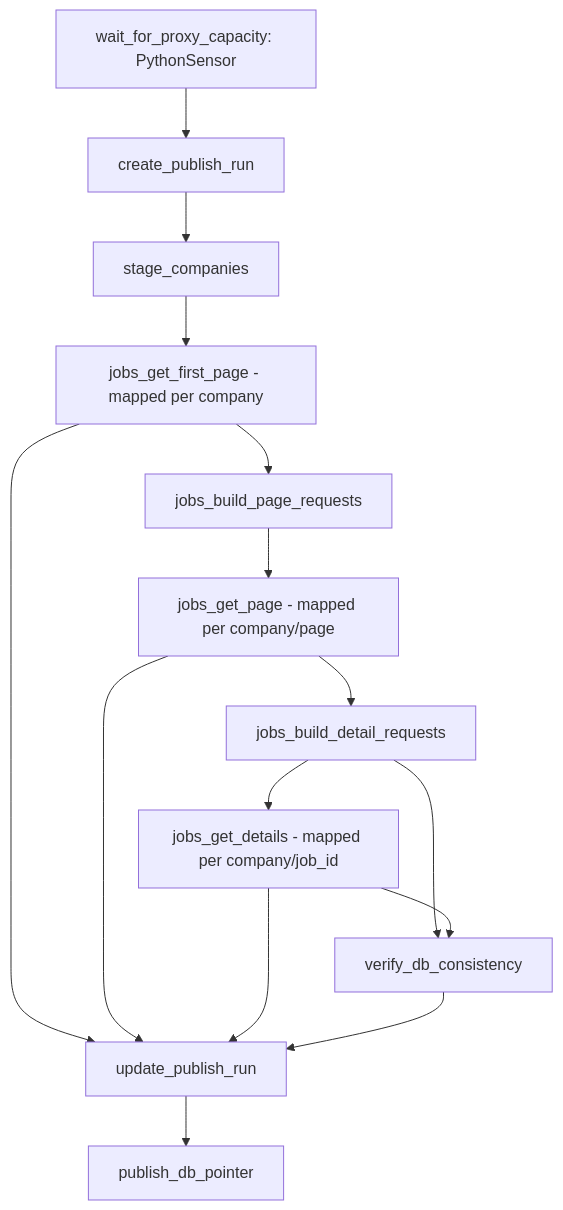
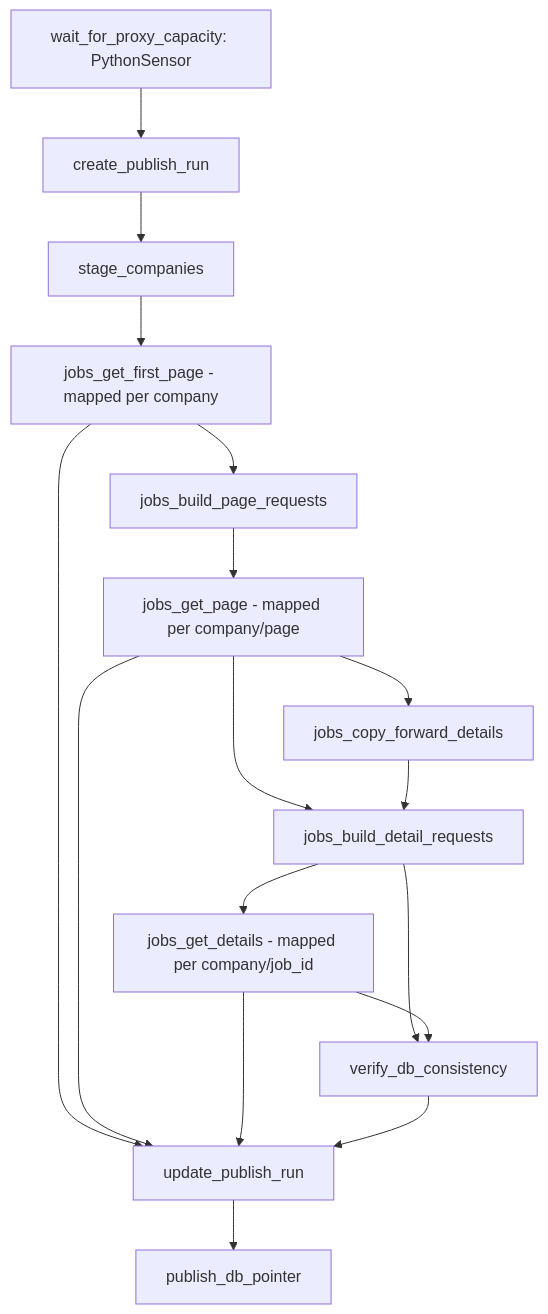
The diagram in src/scrapers/airflow/dags/README.md (byue/JobSearch), drawn with Mermaid before and after one commit. The commit also changed other lines of this file and 1 other file, not shown here.

````diff
--- a/src/scrapers/airflow/dags/README.md
+++ b/src/scrapers/airflow/dags/README.md
@@ -9,17 +9,19 @@
 ```mermaid
 graph TD
   A["wait_for_proxy_capacity: PythonSensor"] --> B["create_publish_run"]
   B --> C["stage_companies"]
   C --> D["jobs_get_first_page - mapped per company"]
   D --> E["jobs_build_page_requests"]
   E --> F["jobs_get_page - mapped per company/page"]
-  F --> G["jobs_build_detail_requests"]
-  G --> H["jobs_get_details - mapped per company/job_id"]
-  G --> I["verify_db_consistency"]
-  H --> I
-  D --> J["update_publish_run"]
-  F --> J
-  H --> J
+  F --> G["jobs_copy_forward_details"]
+  F --> H["jobs_build_detail_requests"]
+  G --> H
+  H --> I["jobs_get_details - mapped per company/job_id"]
+  H --> J["verify_db_consistency"]
   I --> J
-  J --> K["publish_db_pointer"]
+  D --> K["update_publish_run"]
+  F --> K
+  I --> K
+  J --> K
+  K --> L["publish_db_pointer"]
 ```
````
